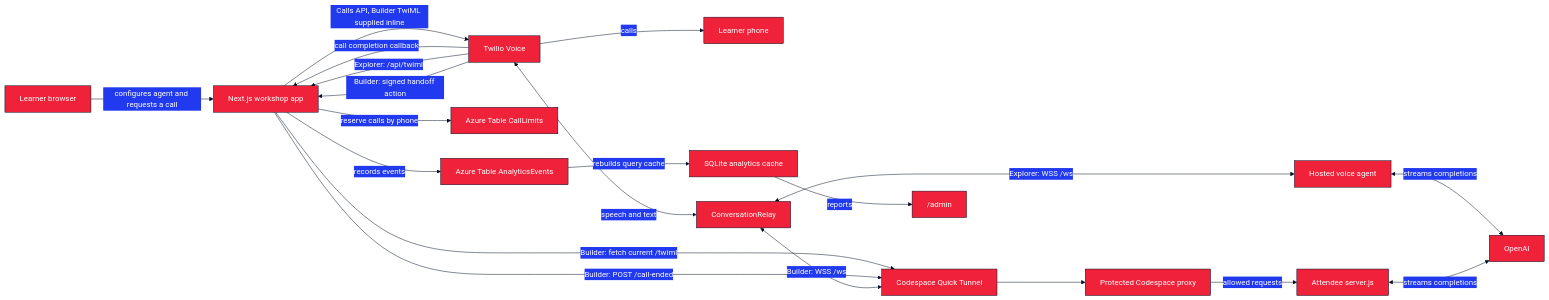
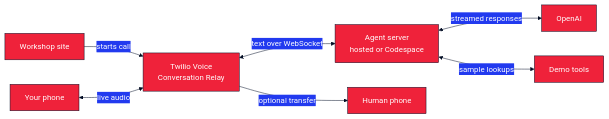
Before and after one commit to anthonyplusAI/twilio-voice-ai: the second of 2 diagrams in README.md, drawn with Mermaid. The commit also changed other lines of this file and 3 other files, not shown here.

Commit message:
docs: refresh Voice AI workshop README (#25)

````diff
--- a/README.md
+++ b/README.md
@@ -187,23 +138,10 @@
 ```mermaid
 %%{init: {'theme':'base','themeVariables':{'primaryColor':'#EF223A','primaryTextColor':'#FFFFFF','primaryBorderColor':'#000D25','lineColor':'#000D25','fontFamily':'Inter, system-ui, sans-serif'}}}%%
 flowchart LR
-  Learner["Learner browser"] -->|configures agent and requests a call| App["Next.js workshop app"]
-  App -->|Calls API, Builder TwiML supplied inline| Voice["Twilio Voice"]
-  App -->|reserve calls by phone| Limits["Azure Table CallLimits"]
-  App -->|Builder: fetch current /twiml| Tunnel["Codespace Quick Tunnel"]
-  Voice -->|calls| Phone["Learner phone"]
-  Voice -->|call completion callback| App
-  Voice -->|Explorer: /api/twiml| App
-  Voice -->|Builder: signed handoff action| App
-  App -->|Builder: POST /call-ended| Tunnel
-  Voice <-->|speech and text| Relay["ConversationRelay"]
-  Relay <-->|Explorer: WSS /ws| Agent["Hosted voice agent"]
-  Relay <-->|Builder: WSS /ws| Tunnel
-  Tunnel --> Proxy["Protected Codespace proxy"]
-  Proxy -->|allowed requests| Builder["Attendee server.js"]
-  Agent <-->|streams completions| OpenAI["OpenAI"]
-  Builder <-->|streams completions| OpenAI
-  App -->|records events| AnalyticsTable["Azure Table AnalyticsEvents"]
-  AnalyticsTable -->|rebuilds query cache| SQLite["SQLite analytics cache"]
-  SQLite -->|reports| Admin["/admin"]
+  UI["Workshop site"] -->|starts call| Twilio["Twilio Voice<br/>Conversation Relay"]
+  Phone["Your phone"] <-->|live audio| Twilio
+  Twilio <-->|text over WebSocket| Agent["Agent server<br/>hosted or Codespace"]
+  Agent <-->|streamed responses| OpenAI["OpenAI"]
+  Agent <-->|sample lookups| Tools["Demo tools"]
+  Twilio -->|optional transfer| Human["Human phone"]
 ```
````
